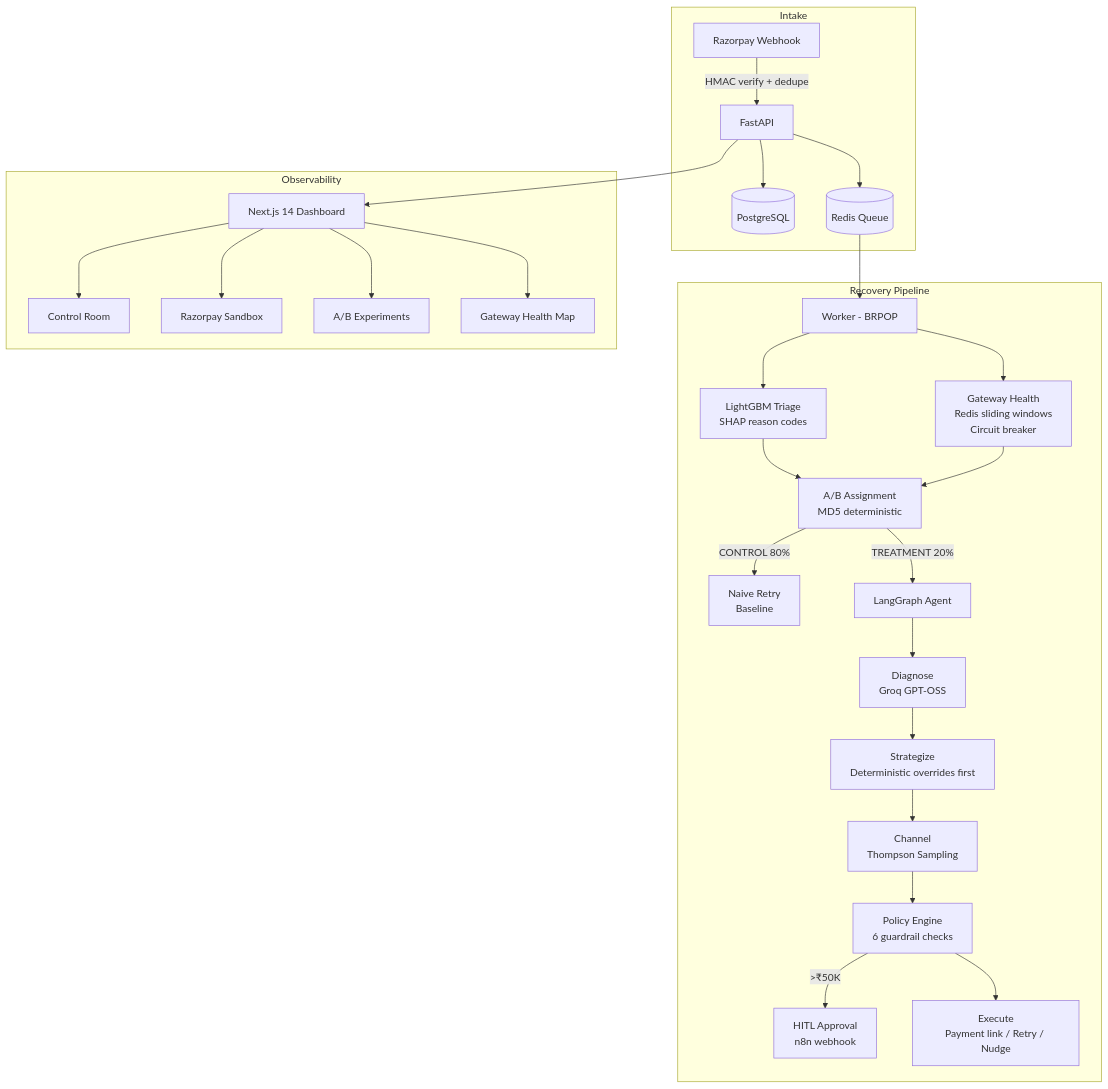
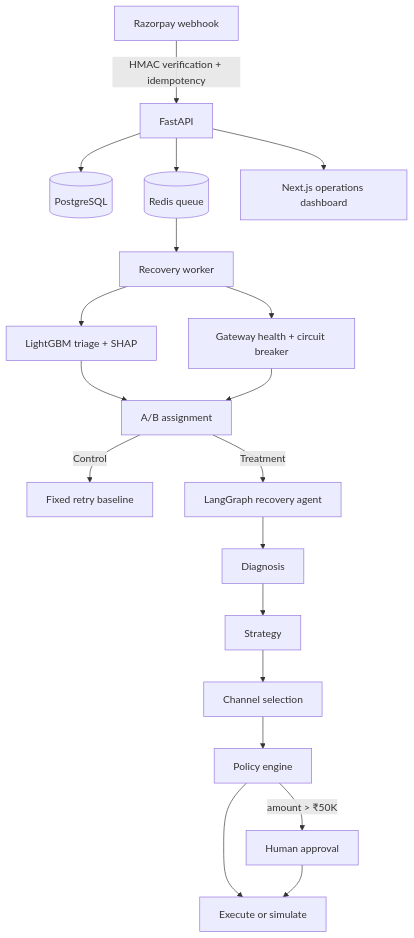
The diagram in README.md (tusharg007/revenueguard-ai), drawn with Mermaid before and after one commit. The commit also changed other lines of this file, not shown here.

````diff
--- a/README.md
+++ b/README.md
@@ -21,31 +53,21 @@
-```mermaid
+~~~mermaid
 flowchart TD
-    subgraph Intake
-        RZ[Razorpay Webhook] -->|HMAC verify + dedupe| API[FastAPI]
-        API --> DB[(PostgreSQL)]
-        API --> Q[(Redis Queue)]
-    end
-
-    subgraph Recovery Pipeline
-        Q --> W[Worker - BRPOP]
-        W --> ML[LightGBM Triage\nSHAP reason codes]
-        W --> GH[Gateway Health\nRedis sliding windows\nCircuit breaker]
-        ML & GH --> EXP[A/B Assignment\nMD5 deterministic]
-        EXP -->|CONTROL 80%| BL[Naive Retry\nBaseline]
-        EXP -->|TREATMENT 20%| AG[LangGraph Agent]
-        AG --> D[Diagnose\nGroq GPT-OSS]
-        D --> S[Strategize\nDeterministic overrides first]
-        S --> CH[Channel\nThompson Sampling]
-        CH --> PE[Policy Engine\n6 guardrail checks]
-        PE -->|>₹50K| HITL[HITL Approval\nn8n webhook]
-        PE --> EX[Execute\nPayment link / Retry / Nudge]
-    end
-
-    subgraph Observability
-        API --> UI[Next.js 14 Dashboard]
-        UI --> CR[Control Room]
-        UI --> SB[Razorpay Sandbox]
-        UI --> AB[A/B Experiments]
-        UI --> GHV[Gateway Health Map]
-    end
-```
+    RZ[Razorpay webhook] -->|HMAC verification + idempotency| API[FastAPI]
+    API --> DB[(PostgreSQL)]
+    API --> Q[(Redis queue)]
+    Q --> W[Recovery worker]
+    W --> ML[LightGBM triage + SHAP]
+    W --> GH[Gateway health + circuit breaker]
+    ML --> EXP[A/B assignment]
+    GH --> EXP
+    EXP -->|Control| BL[Fixed retry baseline]
+    EXP -->|Treatment| AG[LangGraph recovery agent]
+    AG --> D[Diagnosis]
+    D --> S[Strategy]
+    S --> CH[Channel selection]
+    CH --> PE[Policy engine]
+    PE -->|amount > ₹50K| HITL[Human approval]
+    PE --> EX[Execute or simulate]
+    HITL --> EX
+    API --> UI[Next.js operations dashboard]
+~~~
````
